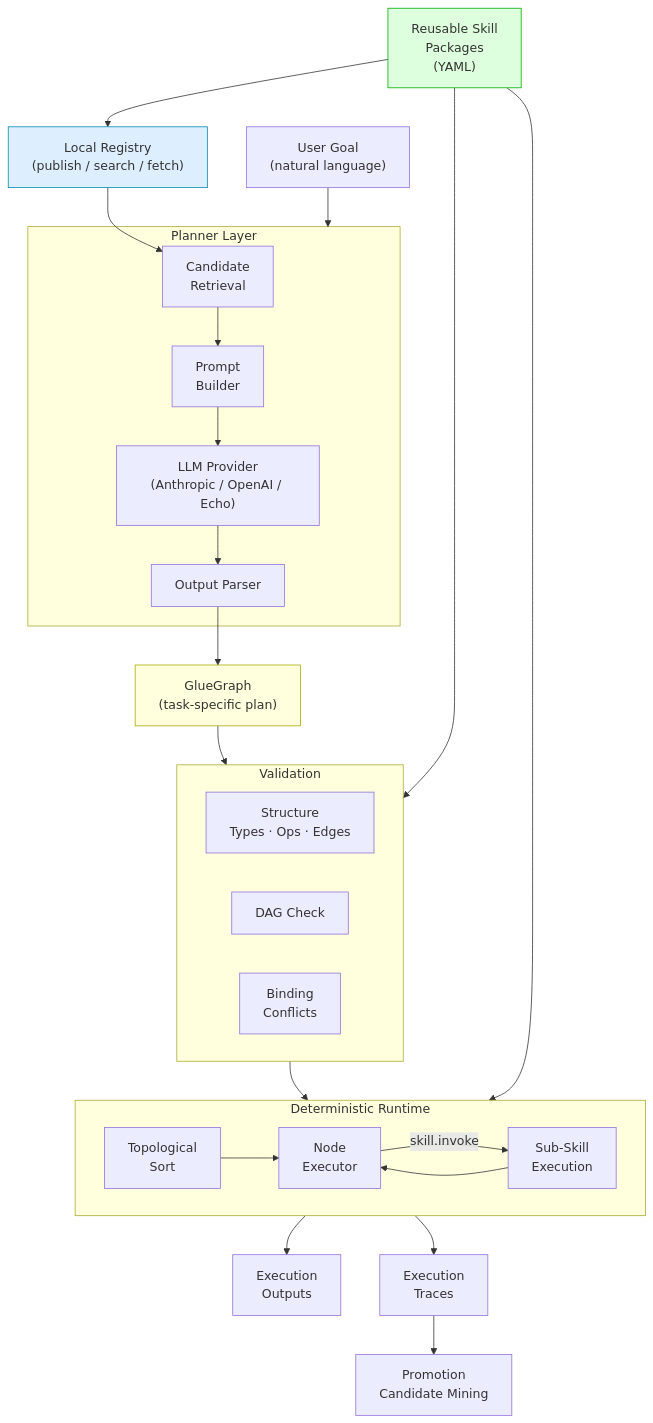
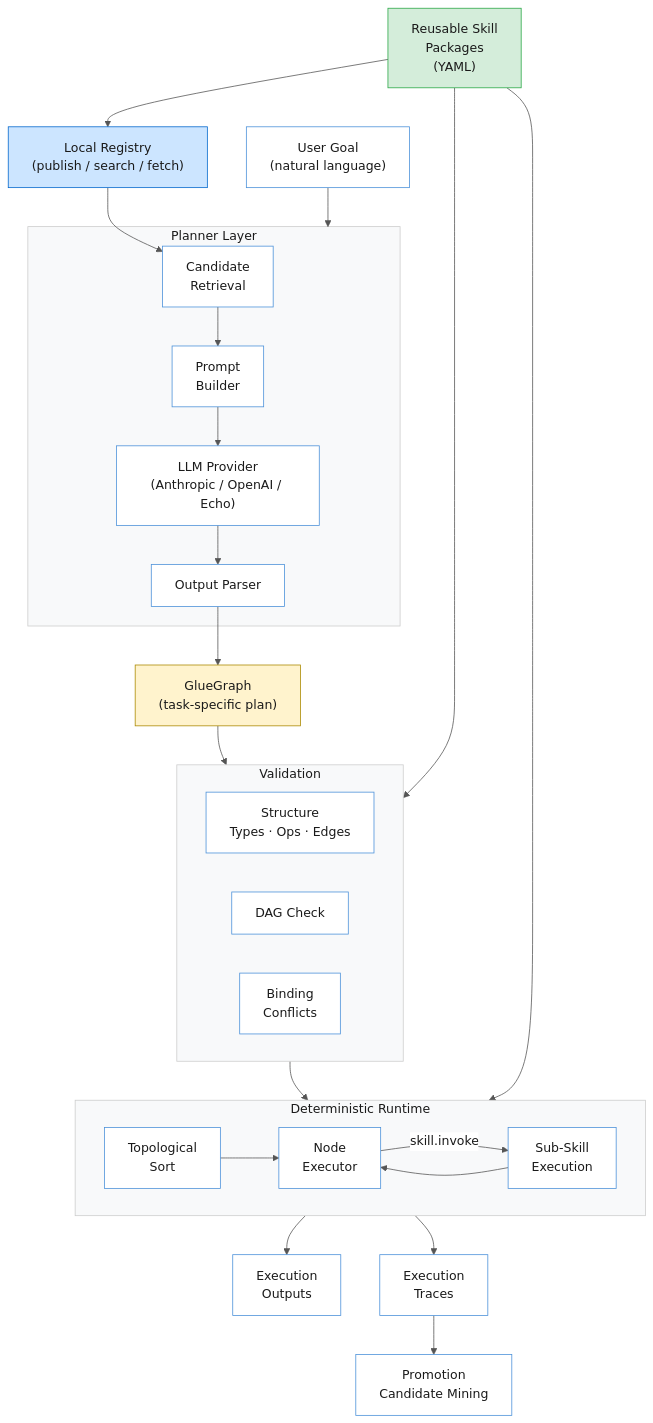
One commit to jonaselgammal/Graphsmith changed the diagram in README.md. Above: the diagram before and after it, drawn with Mermaid. The commit also changed other lines of this file, not shown here.

First line of the commit message:
Remove ASCII diagram, fix Mermaid dark-mode visibility

````diff
--- a/README.md
+++ b/README.md
@@ -44,43 +29,44 @@
 ```mermaid
+%%{init: {'theme': 'base', 'themeVariables': {'primaryColor': '#e8f4f8', 'primaryTextColor': '#1a1a1a', 'primaryBorderColor': '#4a90d9', 'lineColor': '#555555', 'secondaryColor': '#f0f0f0', 'tertiaryColor': '#ffffff', 'background': '#ffffff', 'mainBkg': '#ffffff', 'nodeBorder': '#4a90d9', 'clusterBkg': '#f8f9fa', 'clusterBorder': '#cccccc', 'titleColor': '#1a1a1a', 'edgeLabelBackground': '#ffffff'}}}%%
 flowchart TD
     Goal["User Goal<br/>(natural language)"] --> Planner
 
     subgraph Planner ["Planner Layer"]
         Candidates["Candidate<br/>Retrieval"] --> PromptBuilder["Prompt<br/>Builder"]
         PromptBuilder --> LLMProvider["LLM Provider<br/>(Anthropic / OpenAI / Echo)"]
         LLMProvider --> Parser["Output Parser"]
     end
 
     Registry["Local Registry<br/>(publish / search / fetch)"] --> Candidates
 
     Parser --> GlueGraph["GlueGraph<br/>(task-specific plan)"]
 
     GlueGraph --> Validator
 
     subgraph Validator ["Validation"]
         StructCheck["Structure<br/>Types · Ops · Edges"]
         DAGCheck["DAG Check"]
         BindingCheck["Binding<br/>Conflicts"]
     end
 
     Validator --> Runtime
 
     subgraph Runtime ["Deterministic Runtime"]
         TopoSort["Topological<br/>Sort"] --> Executor["Node<br/>Executor"]
         Executor --> |"skill.invoke"| SubSkill["Sub-Skill<br/>Execution"]
         SubSkill --> Executor
     end
 
     SkillPackages["Reusable Skill<br/>Packages<br/>(YAML)"] --> Registry
     SkillPackages --> Validator
     SkillPackages --> Runtime
 
     Runtime --> Outputs["Execution<br/>Outputs"]
     Runtime --> Traces["Execution<br/>Traces"]
 
     Traces --> Promotion["Promotion<br/>Candidate Mining"]
 
-    style GlueGraph fill:#ffd,stroke:#aa0
-    style SkillPackages fill:#dfd,stroke:#0a0
-    style Registry fill:#def,stroke:#08a
+    style GlueGraph fill:#fff3cd,stroke:#aa8800,color:#1a1a1a
+    style SkillPackages fill:#d4edda,stroke:#28a745,color:#1a1a1a
+    style Registry fill:#cce5ff,stroke:#0066cc,color:#1a1a1a
 ```
````
